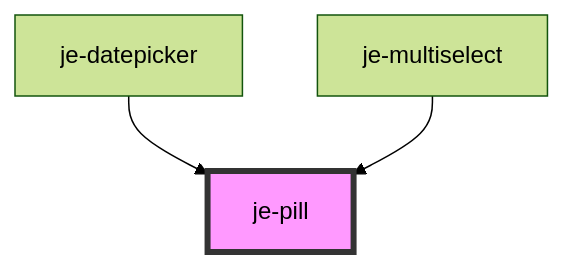
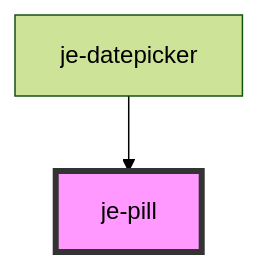
Before and after one commit to pgreen00/jebamo: the diagram in packages/docs/docs/components/je-pill/readme.md, drawn with Mermaid (forest theme). The commit also changed other lines of this file and 228 other files, not shown here.

````diff
--- a/packages/docs/docs/components/je-pill/readme.md
+++ b/packages/docs/docs/components/je-pill/readme.md
@@ -25,6 +24,5 @@
 ```mermaid
 graph TD;
   je-datepicker --> je-pill
-  je-multiselect --> je-pill
   style je-pill fill:#f9f,stroke:#333,stroke-width:4px
 ```
````
